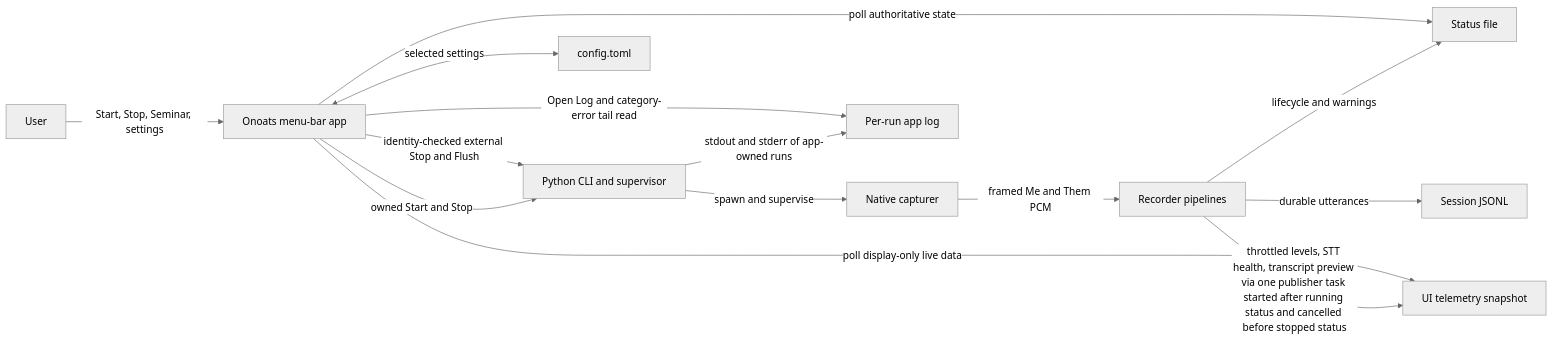
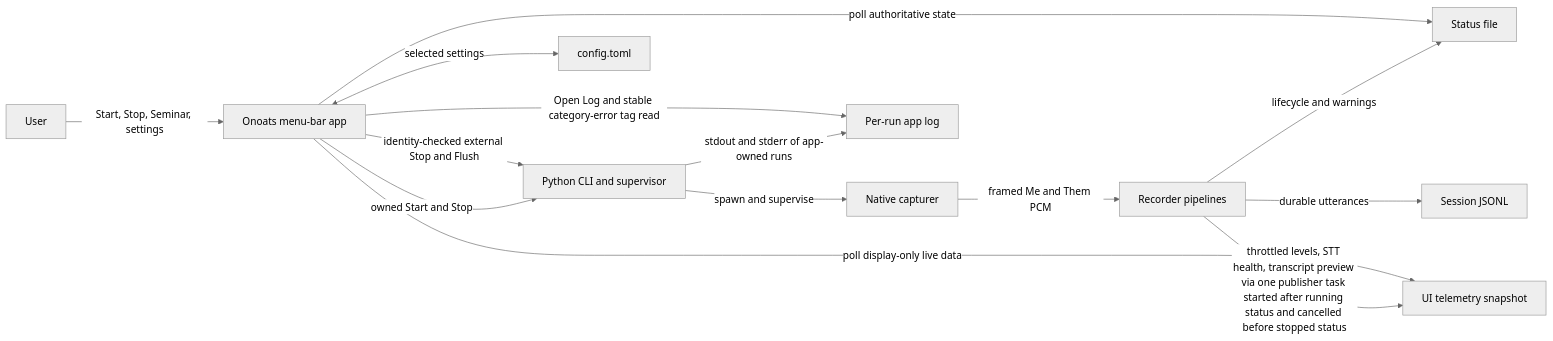
One commit to vr000m/onoats-bot changed the first of 2 diagrams in docs/dev_plans/20261028-feature-menubar-control-panel.md. Above: the diagram before and after it, drawn with Mermaid (neutral theme). The commit also changed other lines of this file, not shown here.

````diff
--- a/docs/dev_plans/20261028-feature-menubar-control-panel.md
+++ b/docs/dev_plans/20261028-feature-menubar-control-panel.md
@@ -327,16 +360,16 @@
 ```mermaid
 graph LR
     U["User"] -->|"Start, Stop, Seminar, settings"| M["Onoats menu-bar app"]
     M -->|"owned Start and Stop"| P["Python CLI and supervisor"]
     M -->|"identity-checked external Stop and Flush"| P
     M <-->|"selected settings"| C["config.toml"]
     P -->|"spawn and supervise"| N["Native capturer"]
     N -->|"framed Me and Them PCM"| R["Recorder pipelines"]
     R -->|"lifecycle and warnings"| S["Status file"]
     R -->|"throttled levels, STT health, transcript preview via one publisher task started after running status and cancelled before stopped status"| T["UI telemetry snapshot"]
     R -->|"durable utterances"| J["Session JSONL"]
     M -->|"poll authoritative state"| S
     M -->|"poll display-only live data"| T
     P -->|"stdout and stderr of app-owned runs"| L["Per-run app log"]
-    M -->|"Open Log and category-error tail read"| L
+    M -->|"Open Log and stable category-error tag read"| L
 ```
````
